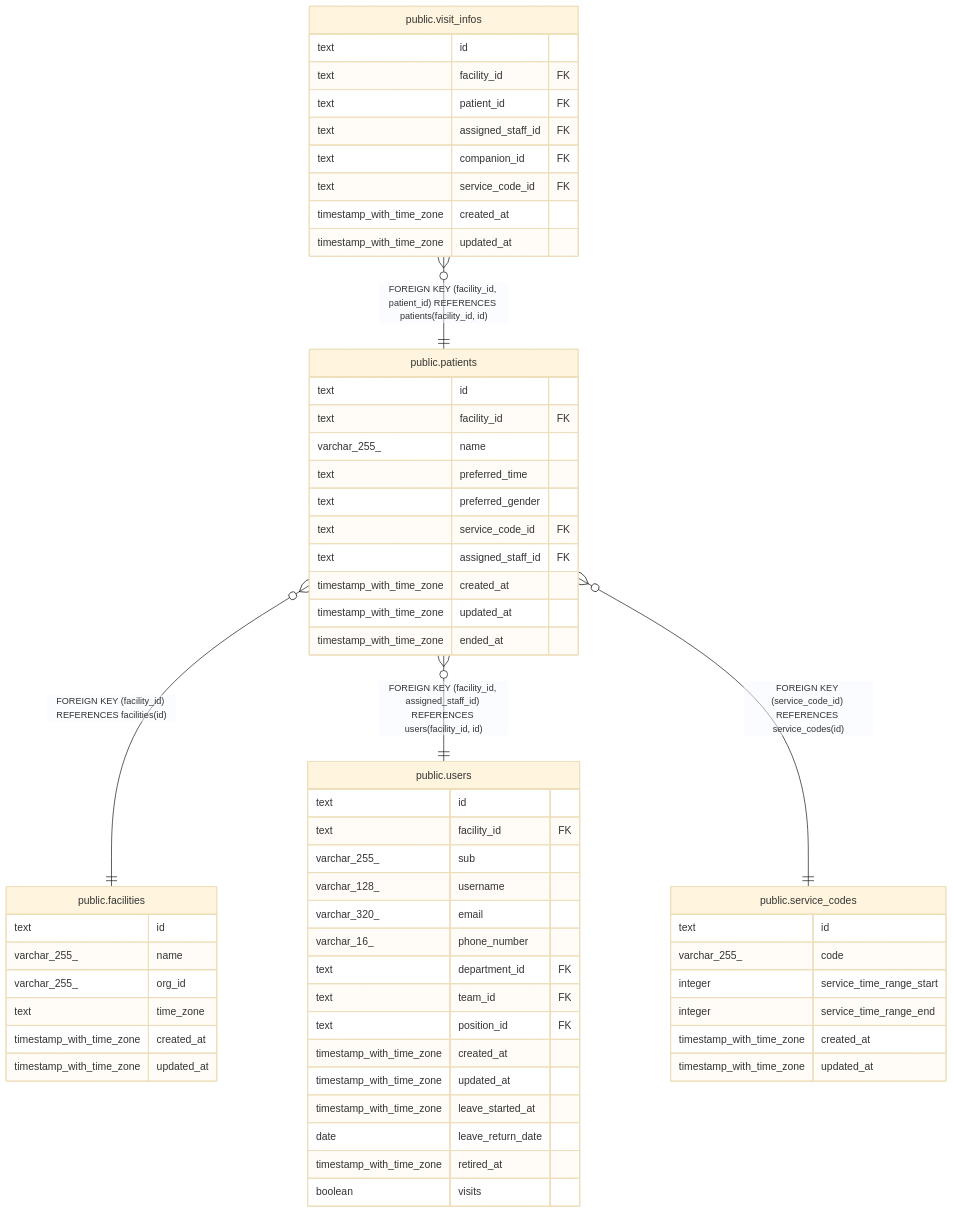
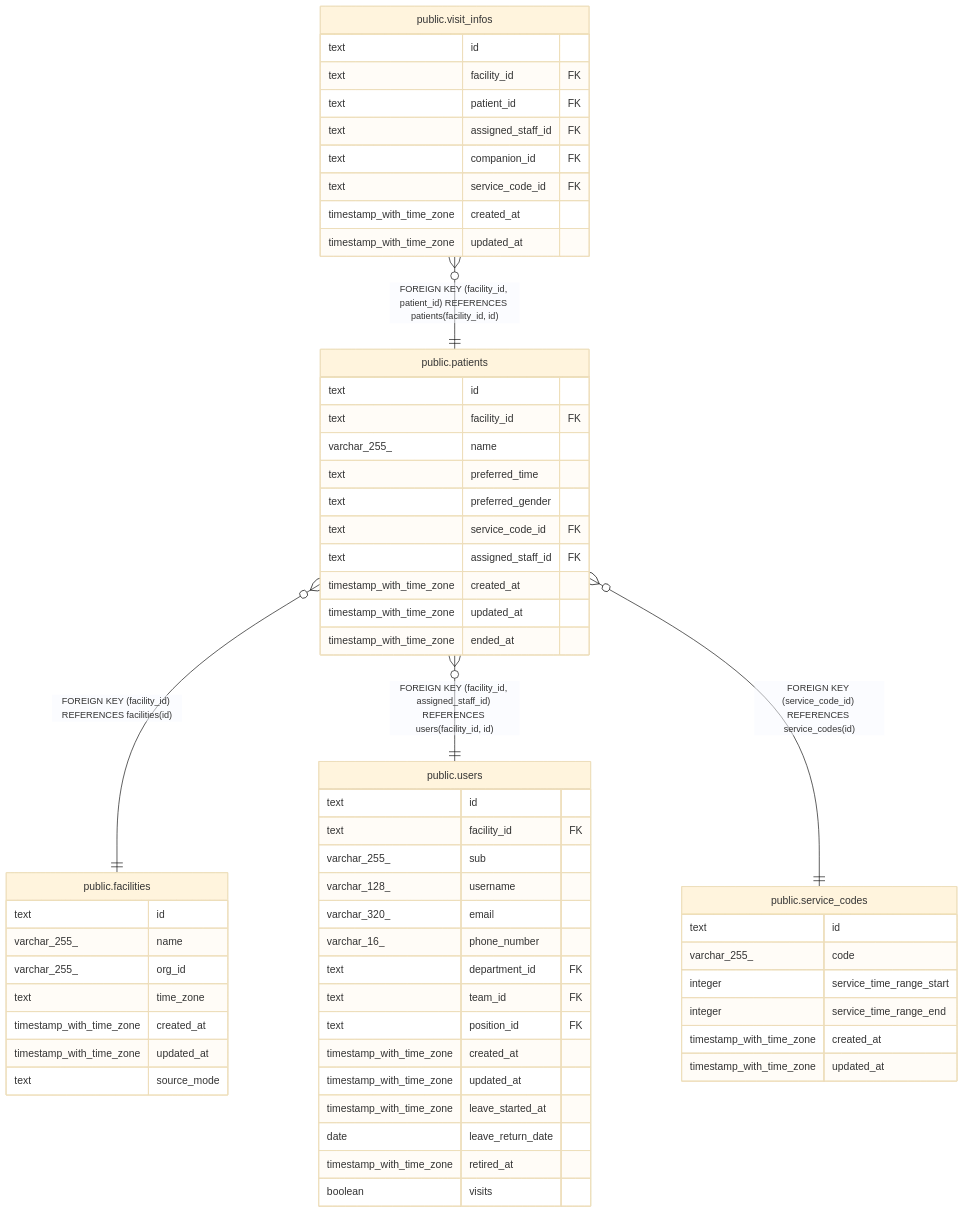
Before and after one commit to Fukuemon/buddy: the diagram in docs/db/schedule/public.patients.md, drawn with Mermaid (base theme). The commit also changed 88 other files, not shown here.

````diff
--- a/docs/db/schedule/public.patients.md
+++ b/docs/db/schedule/public.patients.md
@@ -68,64 +68,65 @@
 ```mermaid
 erDiagram
 
 "public.visit_infos" }o--|| "public.patients" : "FOREIGN KEY (facility_id, patient_id) REFERENCES patients(facility_id, id)"
 "public.patients" }o--|| "public.facilities" : "FOREIGN KEY (facility_id) REFERENCES facilities(id)"
 "public.patients" }o--|| "public.users" : "FOREIGN KEY (facility_id, assigned_staff_id) REFERENCES users(facility_id, id)"
 "public.patients" }o--|| "public.service_codes" : "FOREIGN KEY (service_code_id) REFERENCES service_codes(id)"
 
 "public.patients" {
   text id
   text facility_id FK
   varchar_255_ name
   text preferred_time
   text preferred_gender
   text service_code_id FK
   text assigned_staff_id FK
   timestamp_with_time_zone created_at
   timestamp_with_time_zone updated_at
   timestamp_with_time_zone ended_at
 }
 "public.visit_infos" {
   text id
   text facility_id FK
   text patient_id FK
   text assigned_staff_id FK
   text companion_id FK
   text service_code_id FK
   timestamp_with_time_zone created_at
   timestamp_with_time_zone updated_at
 }
 "public.facilities" {
   text id
   varchar_255_ name
   varchar_255_ org_id
   text time_zone
   timestamp_with_time_zone created_at
   timestamp_with_time_zone updated_at
+  text source_mode
 }
 "public.users" {
   text id
   text facility_id FK
   varchar_255_ sub
   varchar_128_ username
   varchar_320_ email
   varchar_16_ phone_number
   text department_id FK
   text team_id FK
   text position_id FK
   timestamp_with_time_zone created_at
   timestamp_with_time_zone updated_at
   timestamp_with_time_zone leave_started_at
   date leave_return_date
   timestamp_with_time_zone retired_at
   boolean visits
 }
 "public.service_codes" {
   text id
   varchar_255_ code
   integer service_time_range_start
   integer service_time_range_end
   timestamp_with_time_zone created_at
   timestamp_with_time_zone updated_at
 }
 ```
````
